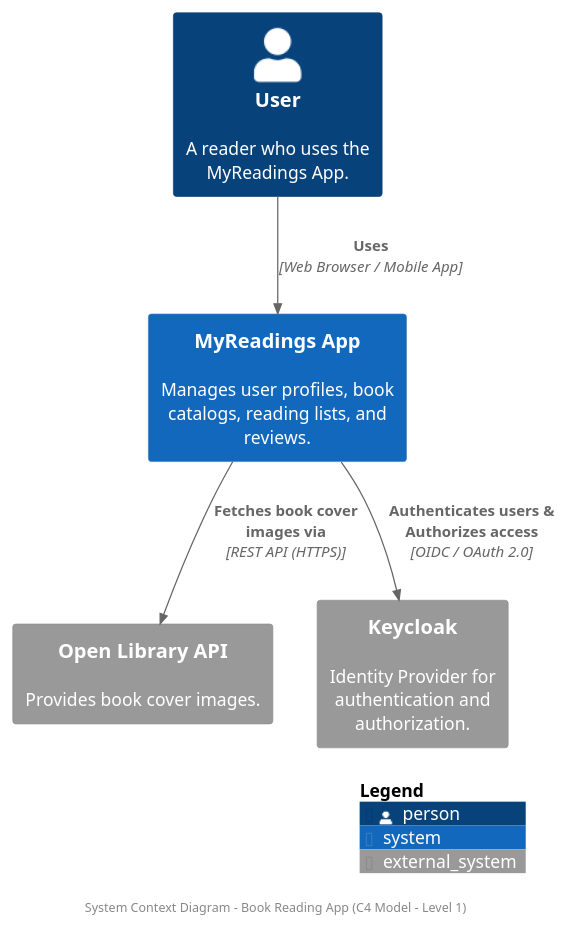
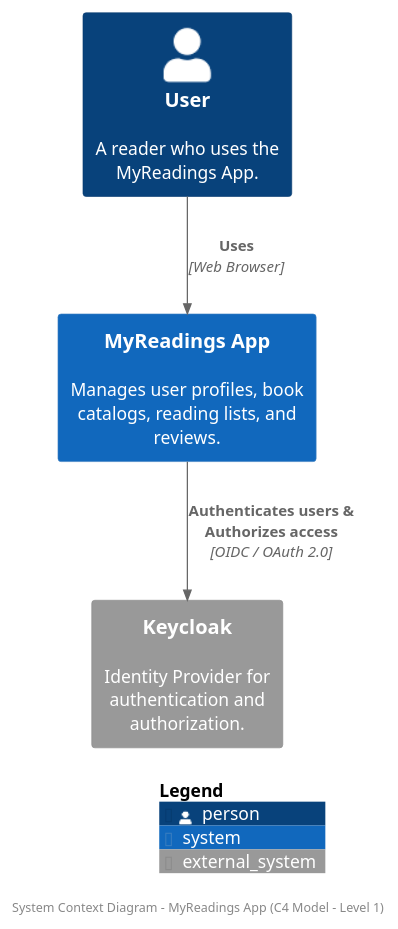
Before and after one commit to too-common-name/myreadings: the diagram in doc/C4/l1-context.puml, drawn with PlantUML. The commit also changed 7 other files, not shown here.

```diff
--- a/doc/C4/l1-context.puml
+++ b/doc/C4/l1-context.puml
@@ -1,17 +1,15 @@
 @startuml
 !include https://raw.githubusercontent.com/kirchsth/C4-PlantUML/extended/C4_Container.puml
 
 System(BookReadingApp, "MyReadings App", "Manages user profiles, book catalogs, reading lists, and reviews.")
 
 Person(User, "User", "A reader who uses the MyReadings App.")
 
-System_Ext(OpenLibraryAPI, "Open Library API", "Provides book cover images.")
 System_Ext(Keycloak, "Keycloak", "Identity Provider for authentication and authorization.")
 
-Rel(User, BookReadingApp, "Uses", "Web Browser / Mobile App")
-Rel(BookReadingApp, OpenLibraryAPI, "Fetches book cover images via", "REST API (HTTPS)")
-Rel(BookReadingApp, Keycloak, "Authenticates users & \nAuthorizes access", "OIDC / OAuth 2.0")
+Rel(User, BookReadingApp, "Uses", "Web Browser")
+Rel(BookReadingApp, Keycloak, "Authenticates users &\nAuthorizes access", "OIDC / OAuth 2.0")
 
 SHOW_LEGEND()
-footer System Context Diagram - Book Reading App (C4 Model - Level 1)
+footer System Context Diagram - MyReadings App (C4 Model - Level 1)
 @enduml
```
